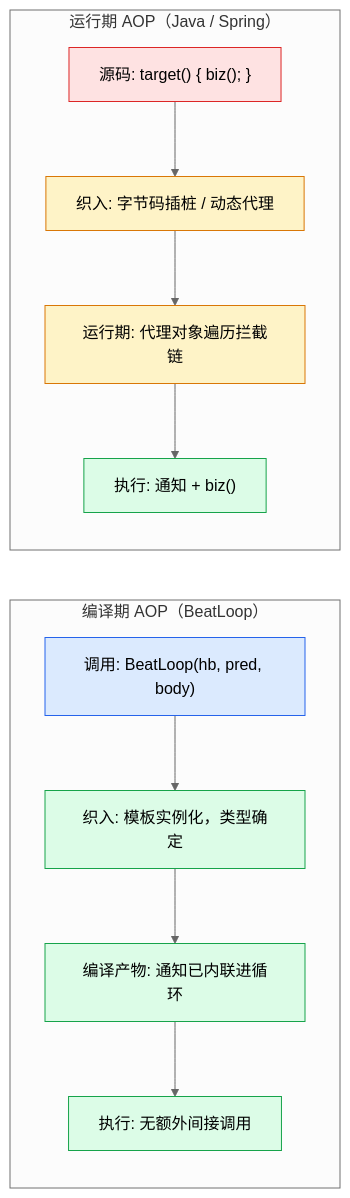
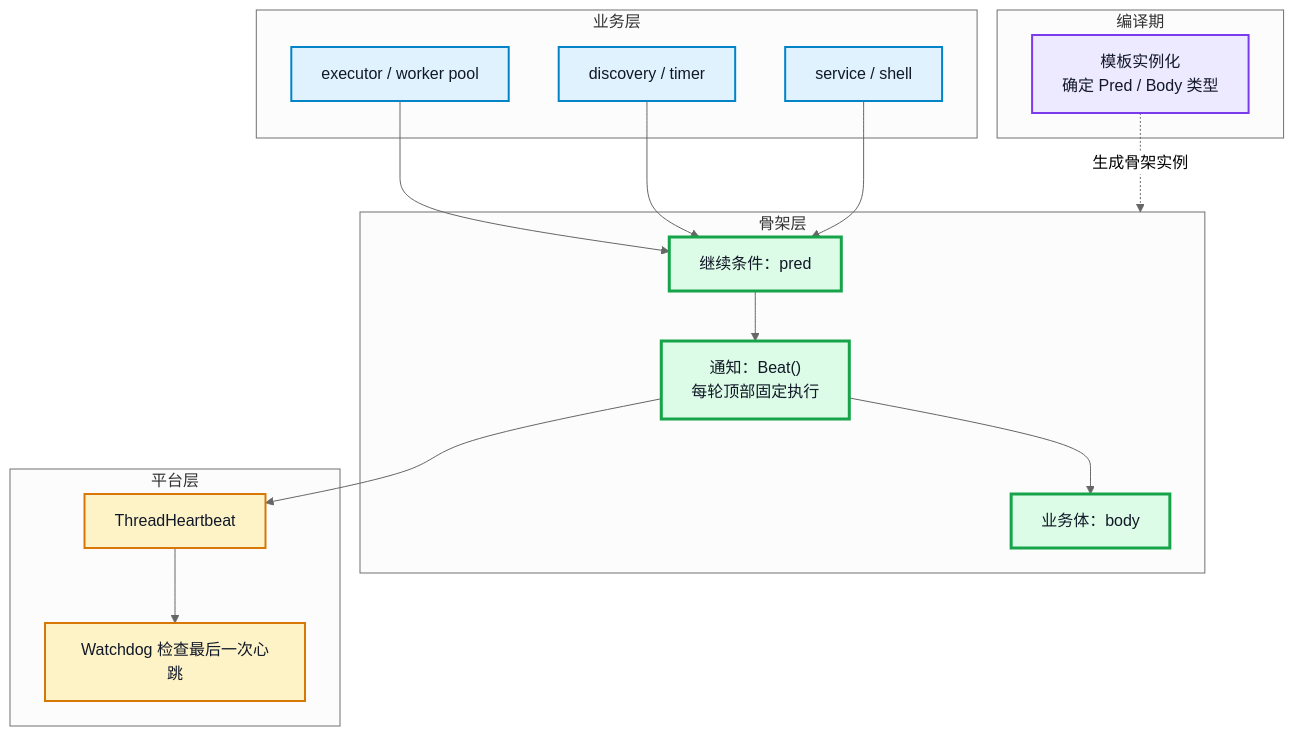
The second of 3 diagrams in content/posts/pattern/compile_time_aop_invariants.md (DeguiLiu/tech-notes), drawn with Mermaid (neutral theme) before and after one commit. The commit also changed other lines of this file and 3 other files, not shown here.

````diff
--- a/content/posts/pattern/compile_time_aop_invariants.md
+++ b/content/posts/pattern/compile_time_aop_invariants.md
@@ -66,29 +200,40 @@
 ```mermaid
-flowchart LR
-    subgraph CMP["编译期 AOP（BeatLoop）"]
-        C1["调用: BeatLoop(hb, pred, body)"]:::c1
-        C2["织入: 模板实例化，类型确定"]:::c2
-        C3["编译产物: 通知已内联进循环"]:::c3
-        C4["执行: 无额外间接调用"]:::c4
+flowchart TB
+    subgraph APP[业务层]
+        E[executor / worker pool]
+        D[discovery / timer]
+        S[service / shell]
     end
-    subgraph RUN["运行期 AOP（Java / Spring）"]
-        R1["源码: target() { biz(); }"]:::r1
-        R2["织入: 字节码插桩 / 动态代理"]:::r2
-        R3["运行期: 代理对象遍历拦截链"]:::r3
-        R4["执行: 通知 + biz()"]:::r4
+
+    subgraph SKEL[骨架层]
+        P[继续条件：pred]
+        A["通知：Beat()<br/>每轮顶部固定执行"]
+        B[业务体：body]
+        P --> A --> B
     end
-    C1 --> C2
-    C2 --> C3
-    C3 --> C4
-    R1 --> R2
-    R2 --> R3
-    R3 --> R4
-    classDef c1 fill:#dbeafe,stroke:#2563eb
-    classDef c2 fill:#dcfce7,stroke:#16a34a
-    classDef c3 fill:#dcfce7,stroke:#16a34a
-    classDef c4 fill:#dcfce7,stroke:#16a34a
-    classDef r1 fill:#fee2e2,stroke:#dc2626
-    classDef r2 fill:#fef3c7,stroke:#d97706
-    classDef r3 fill:#fef3c7,stroke:#d97706
-    classDef r4 fill:#dcfce7,stroke:#16a34a
+
+    subgraph PLAT[平台层]
+        H[ThreadHeartbeat]
+        W[Watchdog 检查最后一次心跳]
+    end
+
+    subgraph BUILD[编译期]
+        T["模板实例化<br/>确定 Pred / Body 类型"]
+    end
+
+    E --> P
+    D --> P
+    S --> P
+    A --> H
+    H --> W
+    T -. 生成骨架实例 .-> SKEL
+
+    classDef app fill:#e0f2fe,stroke:#0284c7,stroke-width:2px,color:#111827
+    classDef skeleton fill:#dcfce7,stroke:#16a34a,stroke-width:3px,color:#111827
+    classDef platform fill:#fef3c7,stroke:#d97706,stroke-width:2px,color:#111827
+    classDef build fill:#ede9fe,stroke:#7c3aed,stroke-width:2px,color:#111827
+    class E,D,S app
+    class P,A,B skeleton
+    class H,W platform
+    class T build
 ```
````
